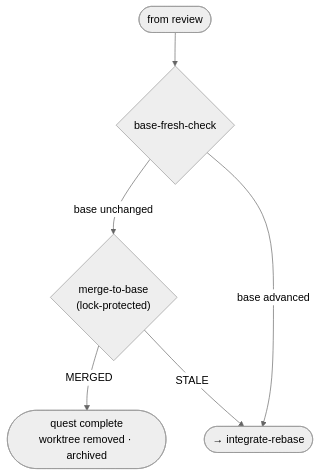
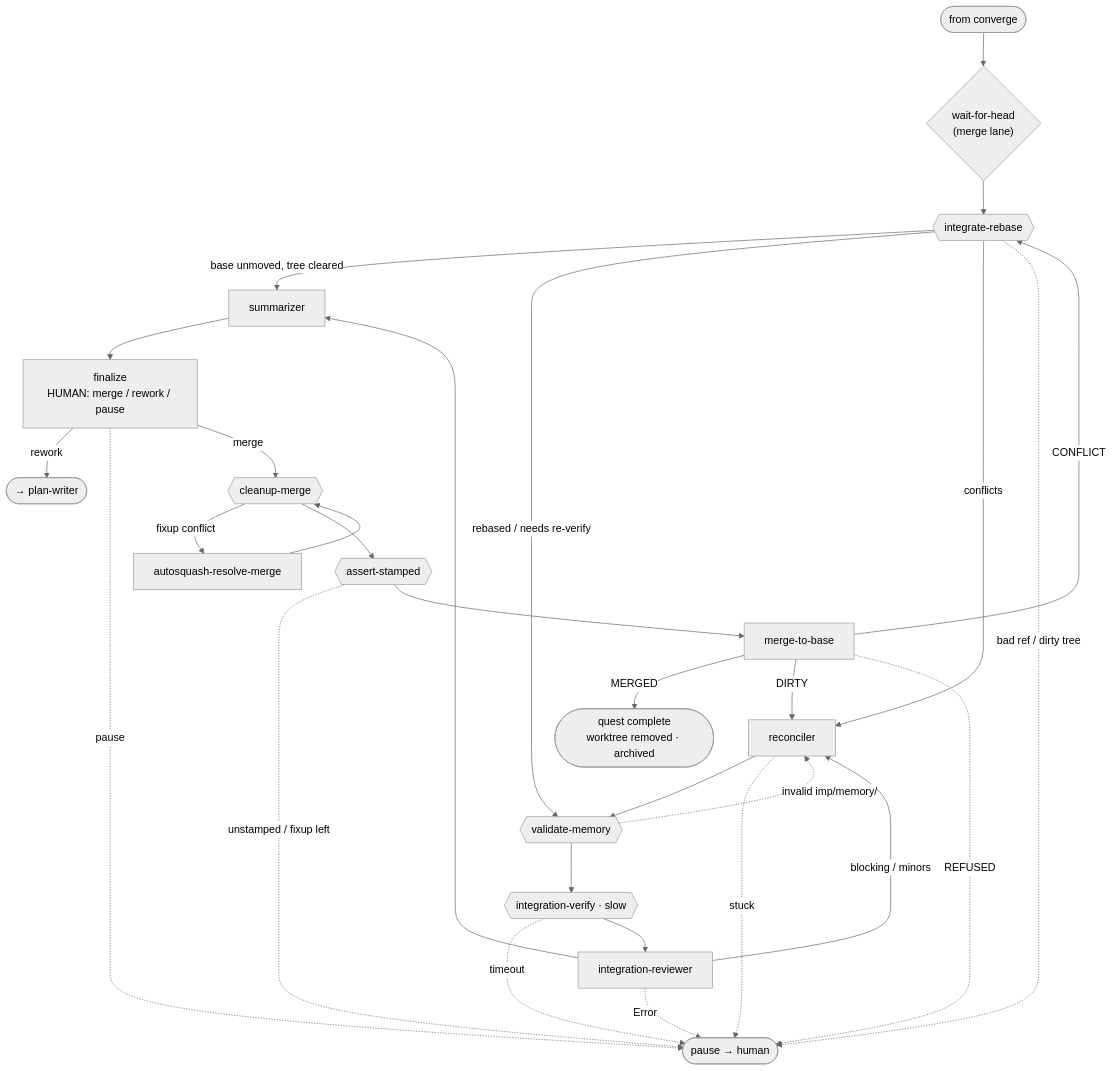
One commit to jpoimboe/imp changed diagram 13 of 13 in docs/internals/architecture.md. Above: the diagram before and after it, drawn with Mermaid (neutral theme). The commit also changed other lines of this file and 1 other file, not shown here.

First line of the commit message:
docs(architecture): rewrite the implement, converge, and integrate phase sections

````diff
--- a/docs/internals/architecture.md
+++ b/docs/internals/architecture.md
@@ -278,8 +283,31 @@
 ```mermaid
 flowchart TD
-  in([from review]) --> BFC{"base-fresh-check"}
-  BFC -->|"base unchanged"| M2B{"merge-to-base<br/>(lock-protected)"}
-  BFC -->|"base advanced"| reint([→ integrate-rebase])
+  in([from converge]) --> WFH{"wait-for-head<br/>(merge lane)"}
+  WFH --> IR{{"integrate-rebase"}}
+  IR -->|"base unmoved, tree cleared"| SUM
+  IR -->|"rebased / needs re-verify"| VM
+  IR -->|conflicts| REC["reconciler"]
+  IR -. "bad ref / dirty tree" .-> HUMAN([pause → human])
+  REC --> VM{{"validate-memory"}}
+  REC -. stuck .-> HUMAN
+  VM -. "invalid imp/memory/" .-> REC
+  VM --> IV{{"integration-verify · slow"}}
+  IV -. timeout .-> HUMAN
+  IV --> IRV["integration-reviewer"]
+  IRV -->|"blocking / minors"| REC
+  IRV -. Error .-> HUMAN
+  IRV --> SUM["summarizer"]
+  SUM --> FIN["finalize<br/>HUMAN: merge / rework / pause"]
+  FIN -->|rework| back([→ plan-writer])
+  FIN -. pause .-> HUMAN
+  FIN -->|merge| CM{{"cleanup-merge"}}
+  CM -->|"fixup conflict"| ASR["autosquash-resolve-merge"]
+  ASR --> CM
+  CM --> AST{{"assert-stamped"}}
+  AST -. "unstamped / fixup left" .-> HUMAN
+  AST --> M2B["merge-to-base"]
   M2B -->|MERGED| done([quest complete<br/>worktree removed · archived])
-  M2B -->|STALE| reint
+  M2B -->|CONFLICT| IR
+  M2B -->|DIRTY| REC
+  M2B -. REFUSED .-> HUMAN
 ```
````
